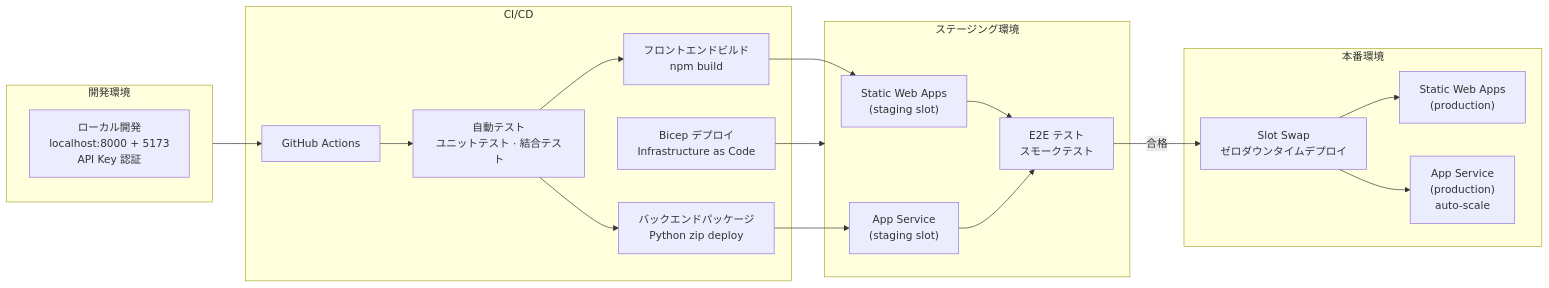
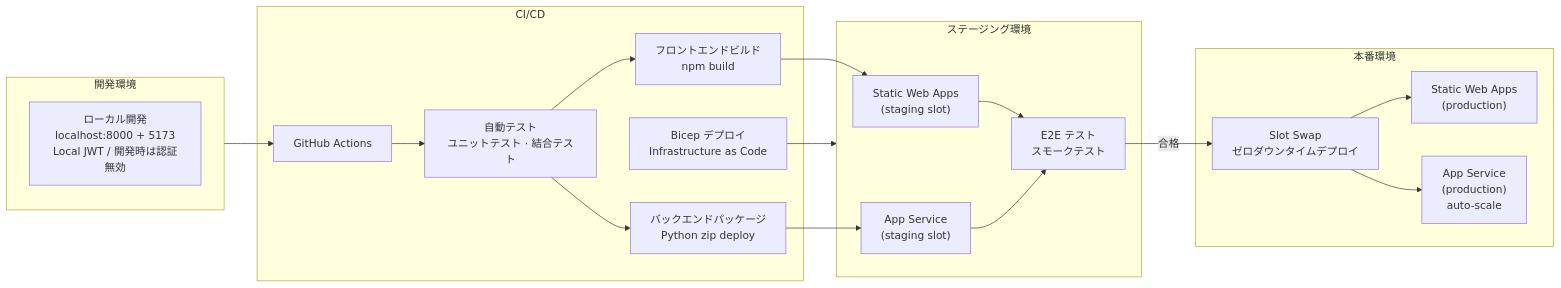
One commit to ghw307261305/azure-rag-knowledge-bot changed the eighth of 8 diagrams in docs/azure-rag-knowledge-bot-client-case-ja.md. Above: the diagram before and after it, drawn with Mermaid. The commit also changed other lines of this file and 84 other files, not shown here.

````diff
--- a/docs/azure-rag-knowledge-bot-client-case-ja.md
+++ b/docs/azure-rag-knowledge-bot-client-case-ja.md
@@ -563,39 +686,39 @@
 ```mermaid
 flowchart LR
     subgraph Dev["開発環境"]
-        local["ローカル開発<br/>localhost:8000 + 5173<br/>API Key 認証"]
+        local["ローカル開発<br/>localhost:8000 + 5173<br/>Local JWT / 開発時は認証無効"]
     end
 
     subgraph CI["CI/CD"]
         gh["GitHub Actions"]
         test["自動テスト<br/>ユニットテスト · 結合テスト"]
         build_fe["フロントエンドビルド<br/>npm build"]
         build_be["バックエンドパッケージ<br/>Python zip deploy"]
         bicep["Bicep デプロイ<br/>Infrastructure as Code"]
     end
 
     subgraph Staging["ステージング環境"]
         stg_fe["Static Web Apps<br/>(staging slot)"]
         stg_be["App Service<br/>(staging slot)"]
         stg_test["E2E テスト<br/>スモークテスト"]
     end
 
     subgraph Production["本番環境"]
         prod_fe["Static Web Apps<br/>(production)"]
         prod_be["App Service<br/>(production)<br/>auto-scale"]
         prod_swap["Slot Swap<br/>ゼロダウンタイムデプロイ"]
     end
 
     Dev --> gh
     gh --> test
     test --> build_fe
     test --> build_be
     build_fe --> stg_fe
     build_be --> stg_be
     bicep --> Staging
     stg_fe --> stg_test
     stg_be --> stg_test
     stg_test -->|合格| prod_swap
     prod_swap --> prod_fe
     prod_swap --> prod_be
 ```
````
